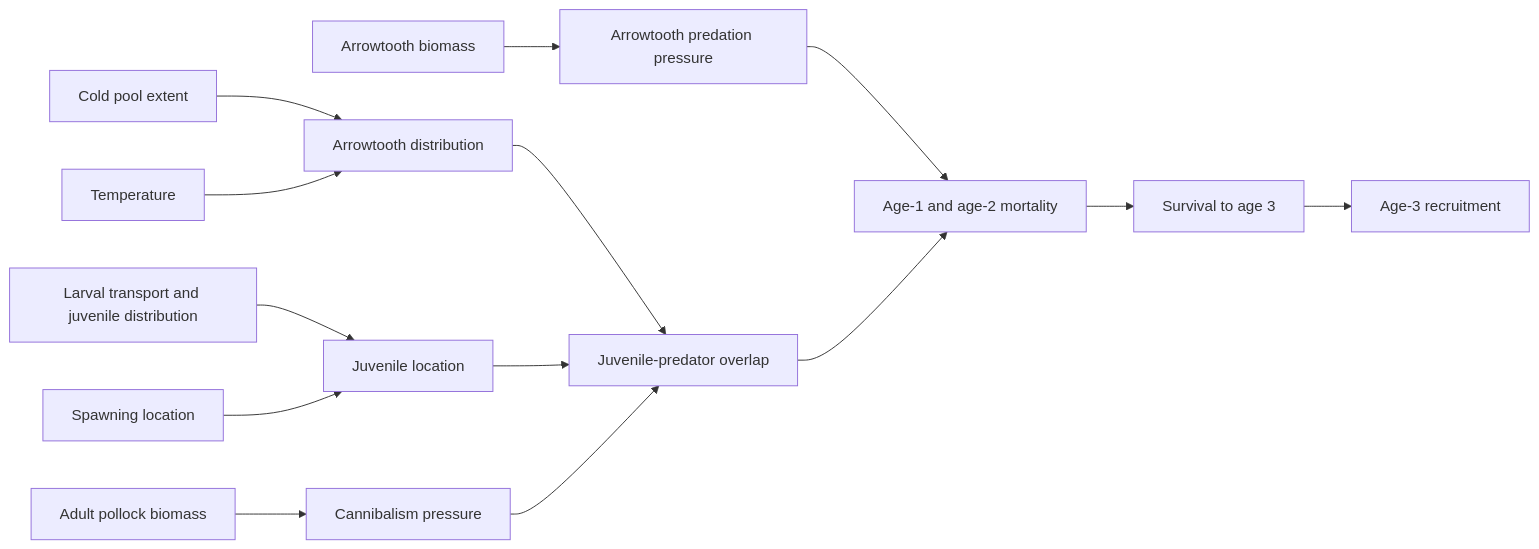
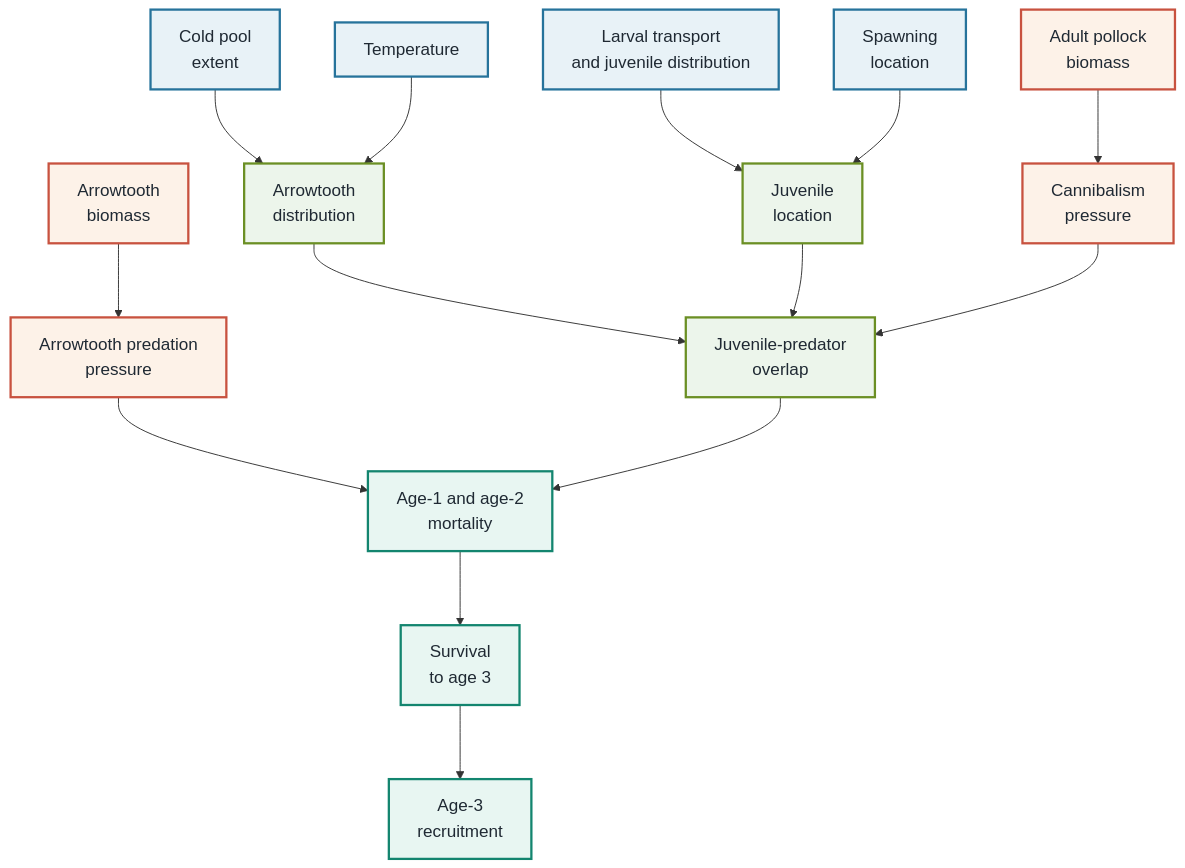
Before and after one commit to afsc-assessments/ebswp_esp: the second of 4 diagrams in dags.qmd, drawn with Mermaid. The commit also changed other lines of this file and 6 other files, not shown here.

````diff
--- a/dags.qmd
+++ b/dags.qmd
@@ -38,16 +64,26 @@
 ```{mermaid}
-flowchart LR
-  ADULT["Adult pollock biomass"] --> CANN["Cannibalism pressure"]
-  ARROW["Arrowtooth biomass"] --> ATP["Arrowtooth predation pressure"]
-  COLD["Cold pool extent"] --> ATDIST["Arrowtooth distribution"]
+%%{init: {"flowchart": {"htmlLabels": true, "nodeSpacing": 58, "rankSpacing": 78, "curve": "basis"}, "themeVariables": {"fontSize": "18px", "fontFamily": "Arial, sans-serif"}} }%%
+flowchart TB
+  ADULT["Adult pollock<br/>biomass"] --> CANN["Cannibalism<br/>pressure"]
+  ARROW["Arrowtooth<br/>biomass"] --> ATP["Arrowtooth predation<br/>pressure"]
+  COLD["Cold pool<br/>extent"] --> ATDIST["Arrowtooth<br/>distribution"]
   TEMP["Temperature"] --> ATDIST
-  TRAN["Larval transport and juvenile distribution"] --> JLOC["Juvenile location"]
-  SPAWN["Spawning location"] --> JLOC
-  ATDIST --> OVER["Juvenile-predator overlap"]
+  TRAN["Larval transport<br/>and juvenile distribution"] --> JLOC["Juvenile<br/>location"]
+  SPAWN["Spawning<br/>location"] --> JLOC
+  ATDIST --> OVER["Juvenile-predator<br/>overlap"]
   JLOC --> OVER
   CANN --> OVER
-  ATP --> MORT["Age-1 and age-2 mortality"]
+  ATP --> MORT["Age-1 and age-2<br/>mortality"]
   OVER --> MORT
-  MORT --> SURV["Survival to age 3"]
-  SURV --> R3["Age-3 recruitment"]
+  MORT --> SURV["Survival<br/>to age 3"]
+  SURV --> R3["Age-3<br/>recruitment"]
+
+  classDef predator fill:#fdf2e8,stroke:#c8523f,stroke-width:2.4px,color:#1f2933;
+  classDef physical fill:#e8f2f7,stroke:#26739b,stroke-width:2.4px,color:#1f2933;
+  classDef distribution fill:#ecf5eb,stroke:#6b8f24,stroke-width:2.4px,color:#1f2933;
+  classDef survival fill:#e8f6f2,stroke:#13856f,stroke-width:2.4px,color:#1f2933;
+  class ADULT,CANN,ARROW,ATP predator;
+  class COLD,TEMP,TRAN,SPAWN physical;
+  class ATDIST,JLOC,OVER distribution;
+  class MORT,SURV,R3 survival;
 ```
````
